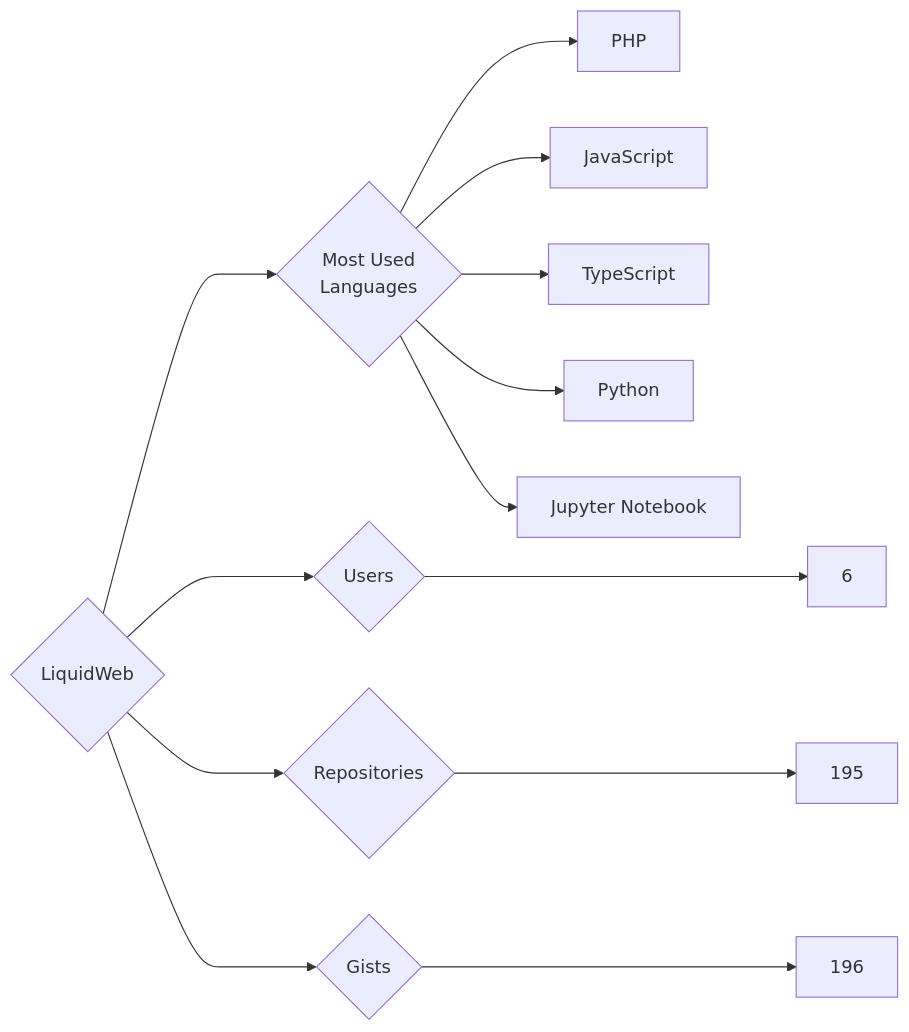
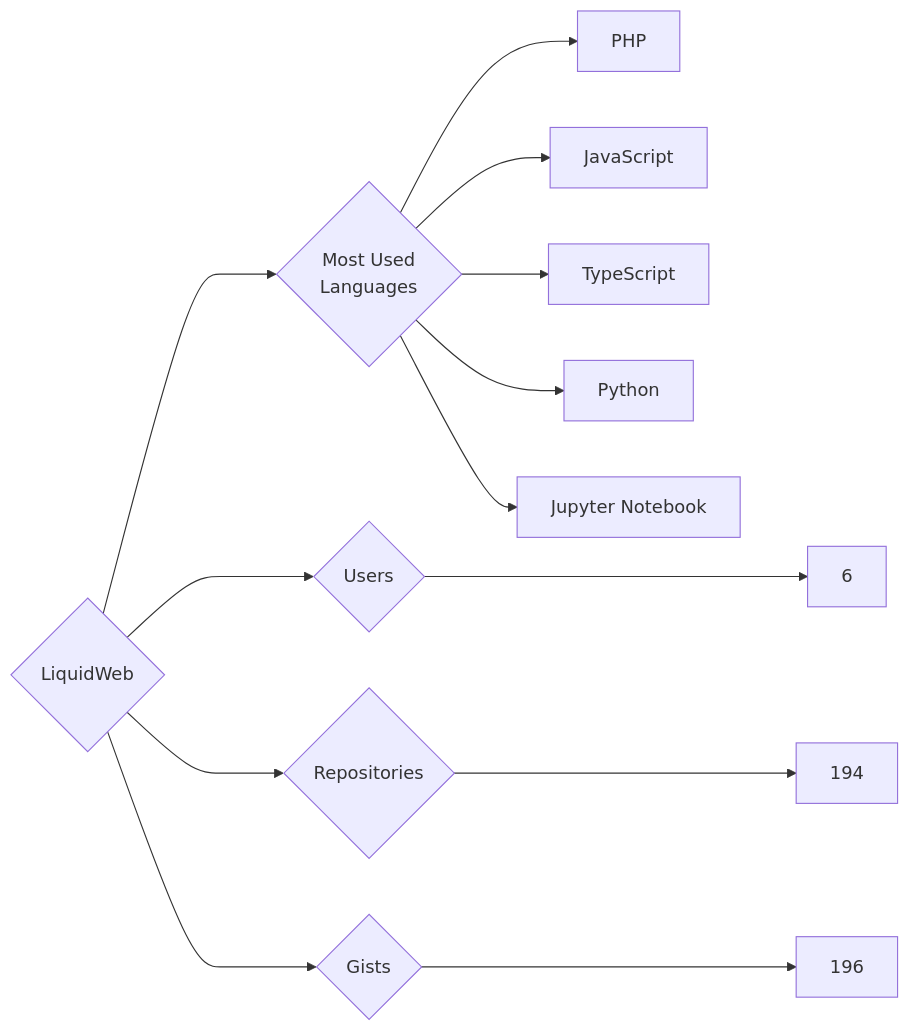
Before and after one commit to trickest/insiders: the diagram in targets/LiquidWeb/README.md, drawn with Mermaid. The commit also changed 809 other files, not shown here.

````diff
--- a/targets/LiquidWeb/README.md
+++ b/targets/LiquidWeb/README.md
@@ -3,13 +3,13 @@
 ```mermaid
 graph LR
 COMPANY_NAME{LiquidWeb}
 COMPANY_NAME ---> U{Users} ---> UN[6]
-COMPANY_NAME ---> R{Repositories} ---> RN[195]
+COMPANY_NAME ---> R{Repositories} ---> RN[194]
 COMPANY_NAME ---> G{Gists} ---> GN[196]
 COMPANY_NAME ---> ML{Most Used<br>Languages}
 ML --> PHP[PHP]
 ML --> JavaScript[JavaScript]
 ML --> TypeScript[TypeScript]
 ML --> Python[Python]
 ML --> Jupyter_Notebook[Jupyter Notebook]
 ```
````
